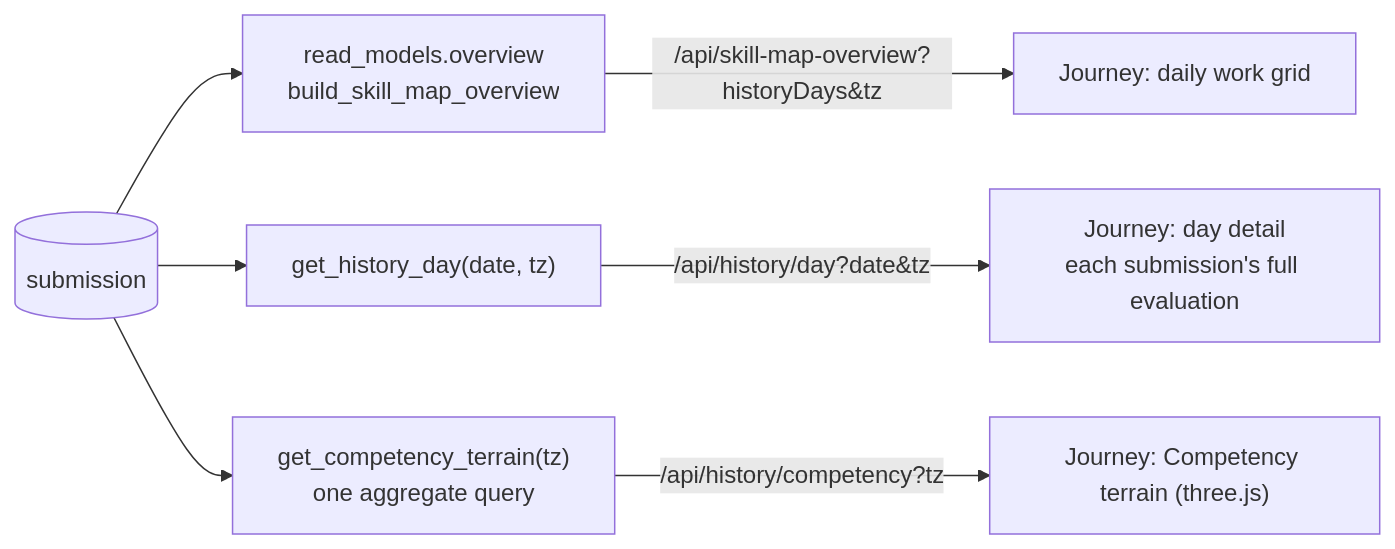
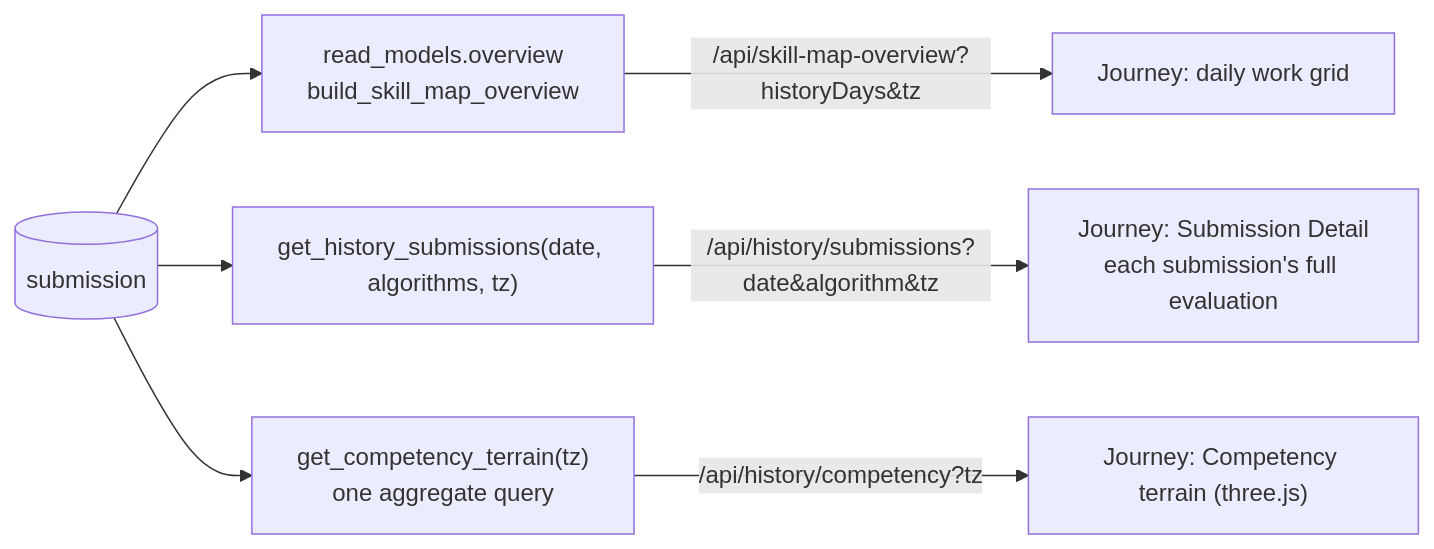
The fourth of 5 diagrams in docs/data-flow.md (maxmarzolf/system1), drawn with Mermaid before and after one commit. The commit also changed other lines of this file and 25 other files, not shown here.

First line of the commit message:
Journey: one Daily Work History card with a year grid, algorithm tags and Submission Detail

````diff
--- a/docs/data-flow.md
+++ b/docs/data-flow.md
@@ -138,9 +138,9 @@
 ```mermaid
 flowchart LR
   DB[("submission")] --> O["read_models.overview<br/>build_skill_map_overview"]
-  DB --> HD["get_history_day(date, tz)"]
+  DB --> HD["get_history_submissions(date, algorithms, tz)"]
   DB --> SH["get_competency_terrain(tz)<br/>one aggregate query"]
   O -->|"/api/skill-map-overview?historyDays&tz"| Grid["Journey: daily work grid"]
   SH -->|"/api/history/competency?tz"| Terrain["Journey: Competency terrain (three.js)"]
-  HD -->|"/api/history/day?date&tz"| Day["Journey: day detail<br/>each submission's full evaluation"]
+  HD -->|"/api/history/submissions?date&algorithm&tz"| Day["Journey: Submission Detail<br/>each submission's full evaluation"]
 ```
````
